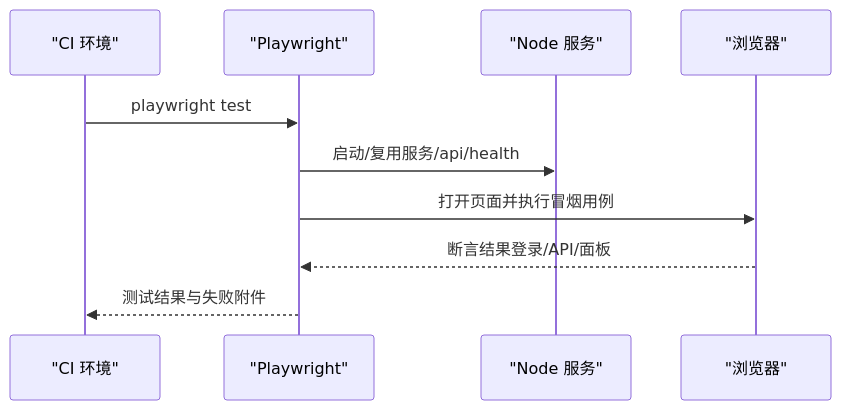
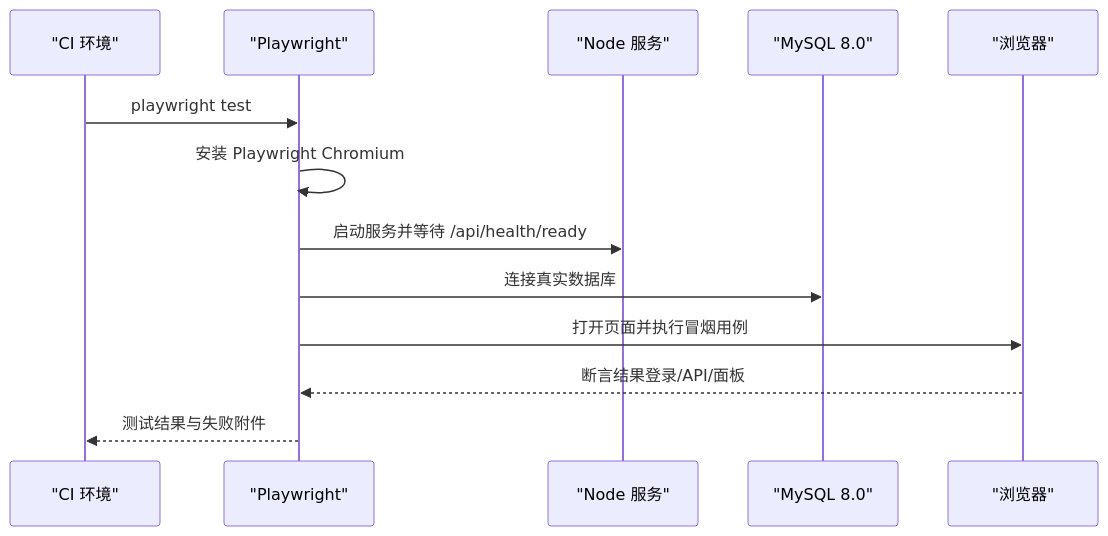
The fifth of 9 diagrams in .qoder/repowiki/zh/content/部署指南/CI_CD流水线.md (dgjin/smart-data-analytics), drawn with Mermaid before and after one commit. The commit also changed other lines of this file and 100 other files, not shown here.

````diff
--- a/.qoder/repowiki/zh/content/部署指南/CI_CD流水线.md
+++ b/.qoder/repowiki/zh/content/部署指南/CI_CD流水线.md
@@ -173,12 +202,15 @@
 ```mermaid
 sequenceDiagram
 participant CI as "CI 环境"
 participant PW as "Playwright"
 participant Srv as "Node 服务"
+participant MYSQL as "MySQL 8.0"
 participant UI as "浏览器"
 CI->>PW : playwright test
-PW->>Srv : 启动/复用服务/api/health
+PW->>PW : 安装 Playwright Chromium
+PW->>Srv : 启动服务并等待 /api/health/ready
+PW->>MYSQL : 连接真实数据库
 PW->>UI : 打开页面并执行冒烟用例
 UI-->>PW : 断言结果登录/API/面板
 PW-->>CI : 测试结果与失败附件
 ```
````
